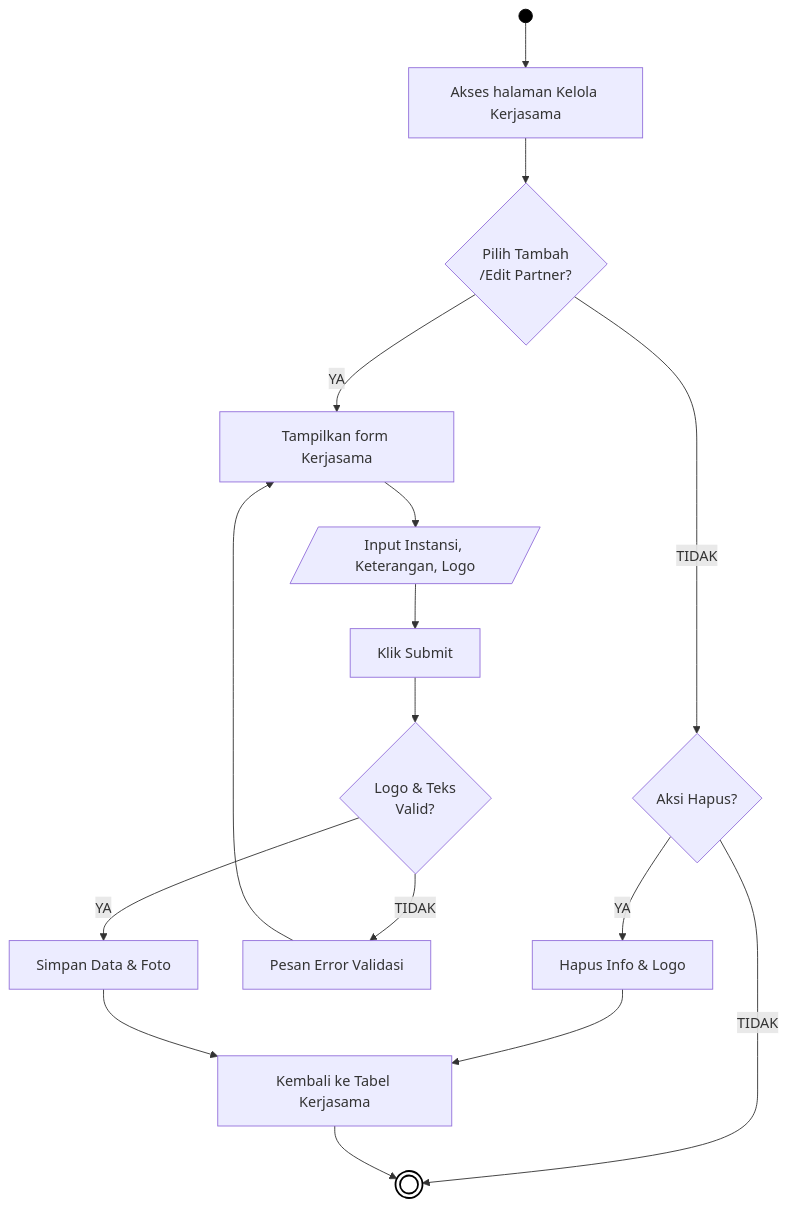
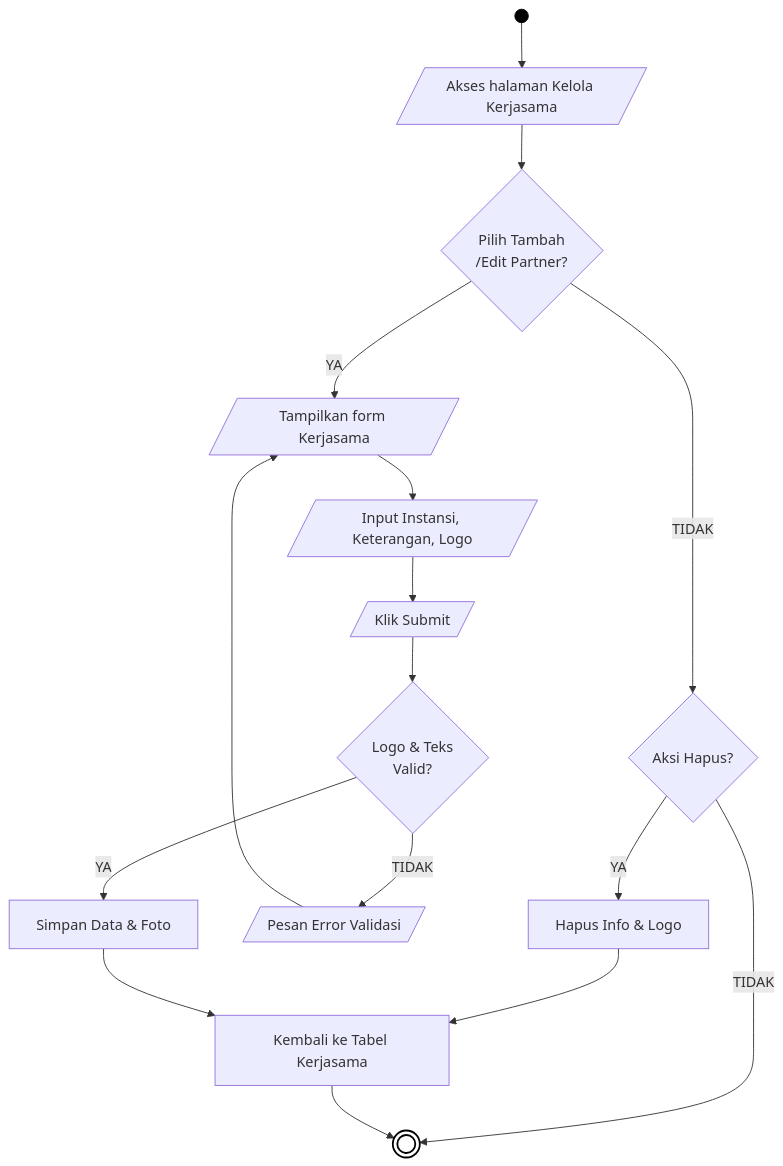
Before and after one commit to arbain-dev/Web_fikom: diagram 13 of 21 in docs/01_DIAGRAM_AKTIVITAS.md, drawn with Mermaid. The commit also changed other lines of this file, not shown here.

````diff
--- a/docs/01_DIAGRAM_AKTIVITAS.md
+++ b/docs/01_DIAGRAM_AKTIVITAS.md
@@ -424,26 +424,26 @@
 ```mermaid
 flowchart TD
-    Start(( )) --> A[Akses halaman Kelola Kerjasama]
+    Start(( )) --> A[/Akses halaman Kelola Kerjasama/]
     
     A --> B{Pilih Tambah\n/Edit Partner?}
     
     B -- TIDAK --> Hapus{Aksi Hapus?}
     Hapus -- YA --> HC[Hapus Info & Logo]
     Hapus -- TIDAK --> End((( )))
     HC --> I[Kembali ke Tabel Kerjasama]
     
-    B -- YA --> C[Tampilkan form Kerjasama]
+    B -- YA --> C[/Tampilkan form Kerjasama/]
     C --> D[/Input Instansi, Keterangan, Logo/]
-    D --> E[Klik Submit]
+    D --> E[/Klik Submit/]
     
     E --> F{Logo & Teks\nValid?}
-    F -- TIDAK --> G[Pesan Error Validasi]
+    F -- TIDAK --> G[/Pesan Error Validasi/]
     G --> C
     
     F -- YA --> H[Simpan Data & Foto]
     H --> I
     I --> End
     
     style Start fill:#000,stroke:#000,color:#000
     style End fill:#fff,stroke:#000,stroke-width:2px
 ```
````
